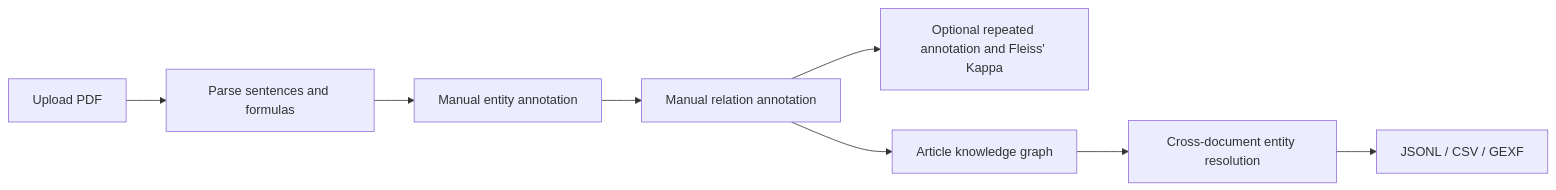
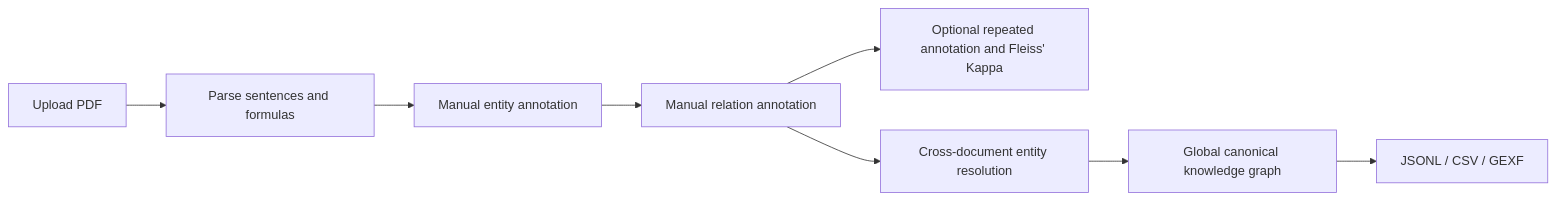
The diagram in README.md (LeonardLeiT/kg-annotator), drawn with Mermaid before and after one commit. The commit also changed other lines of this file and 9 other files, not shown here.

Commit message:
Build a canonical cross-document knowledge graph

````diff
--- a/README.md
+++ b/README.md
@@ -40,10 +40,10 @@
 ```mermaid
 flowchart LR
     A[Upload PDF] --> B[Parse sentences and formulas]
     B --> E[Manual entity annotation]
     E --> F[Manual relation annotation]
     F --> D[Optional repeated annotation and Fleiss' Kappa]
-    F --> G[Article knowledge graph]
-    G --> H[Cross-document entity resolution]
+    F --> G[Cross-document entity resolution]
+    G --> H[Global canonical knowledge graph]
     H --> I[JSONL / CSV / GEXF]
 ```
````
